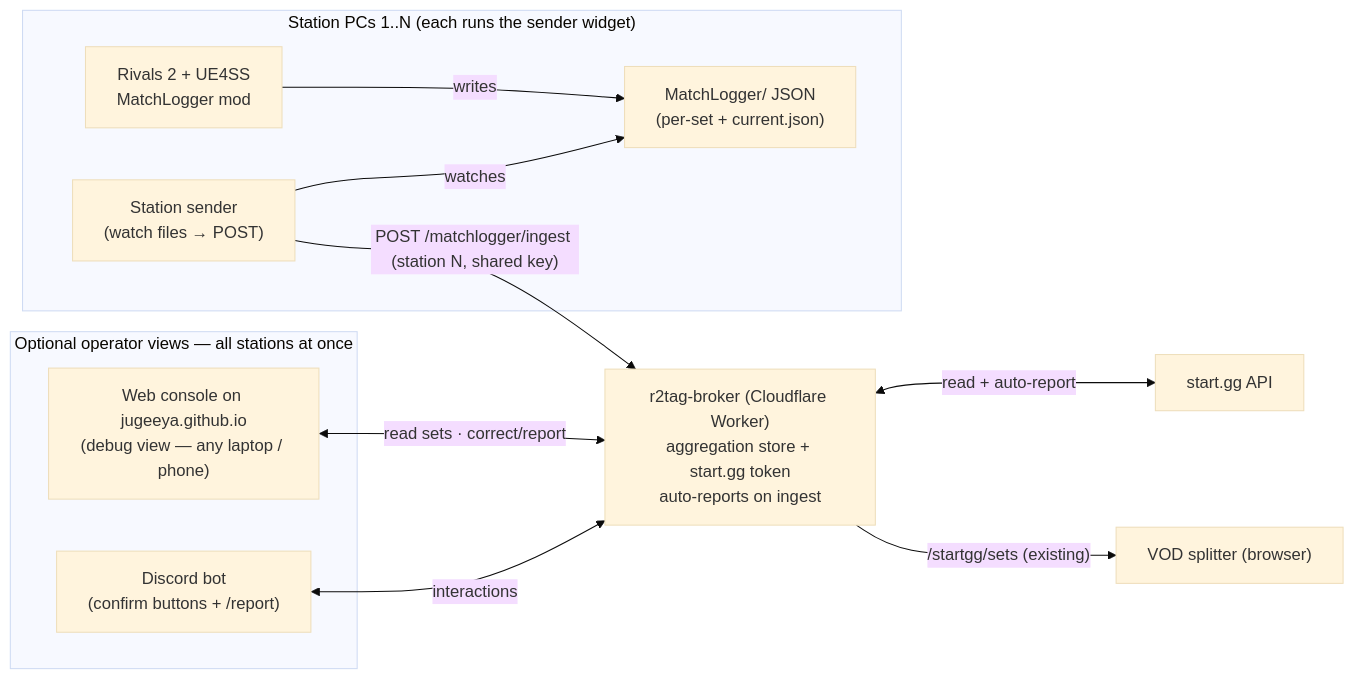
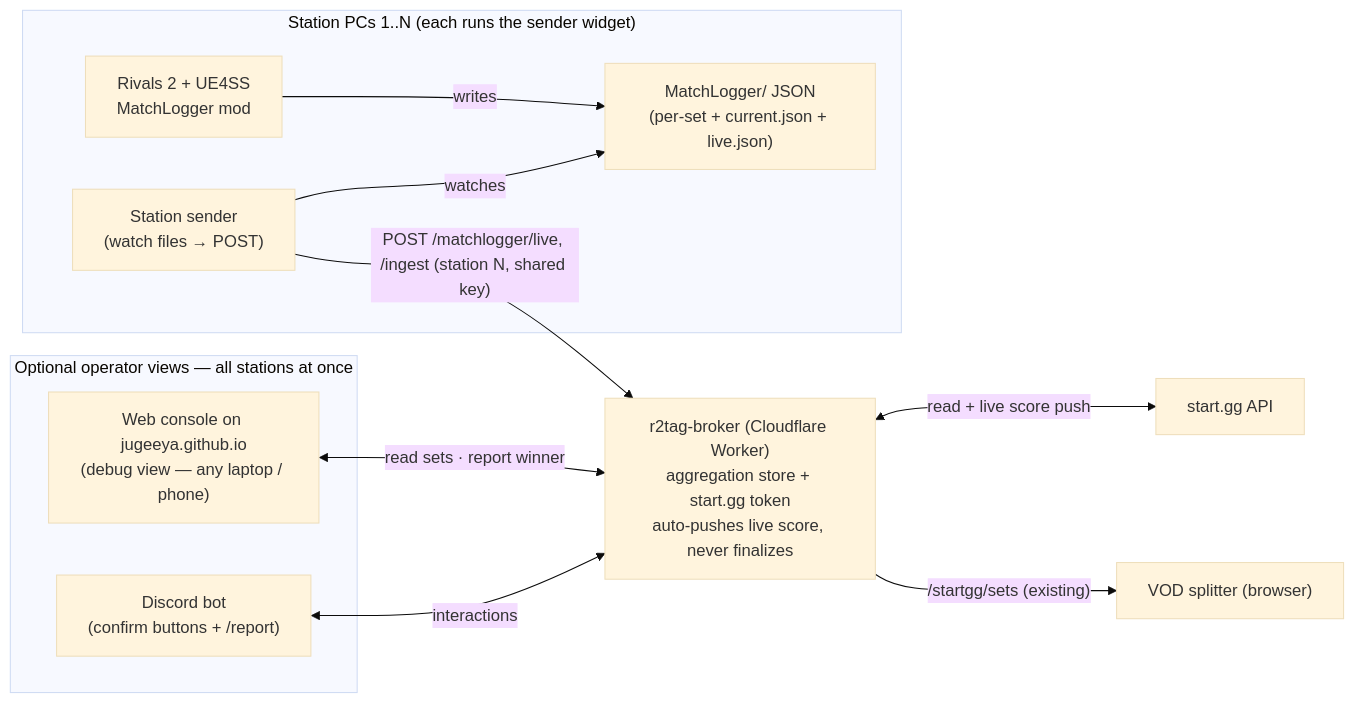
Before and after one commit to jugeeya/jugeeya.github.io: the diagram in matchlogger/DESIGN.md, drawn with Mermaid (base theme). The commit also changed other lines of this file and 8 other files, not shown here.

First line of the commit message:
Fix policy: only live per-game scoring is automatic, finalizing stays manual

````diff
--- a/matchlogger/DESIGN.md
+++ b/matchlogger/DESIGN.md
@@ -42,23 +42,23 @@
 ```mermaid
 flowchart LR
     subgraph ST["Station PCs 1..N (each runs the sender widget)"]
         Game["Rivals 2 + UE4SS<br/>MatchLogger mod"]
-        Files["MatchLogger/ JSON<br/>(per-set + current.json)"]
+        Files["MatchLogger/ JSON<br/>(per-set + current.json + live.json)"]
         Sender["Station sender<br/>(watch files → POST)"]
         Game -->|writes| Files
         Sender -->|watches| Files
     end
-    Broker["r2tag-broker (Cloudflare Worker)<br/>aggregation store + start.gg token<br/>auto-reports on ingest"]
+    Broker["r2tag-broker (Cloudflare Worker)<br/>aggregation store + start.gg token<br/>auto-pushes live score, never finalizes"]
     subgraph OPS["Optional operator views — all stations at once"]
         Console["Web console on jugeeya.github.io<br/>(debug view — any laptop / phone)"]
         Discord["Discord bot<br/>(confirm buttons + /report)"]
     end
     StartGG["start.gg API"]
     Splitter["VOD splitter (browser)"]
 
-    Sender -->|"POST /matchlogger/ingest (station N, shared key)"| Broker
-    Broker <-->|"read + auto-report"| StartGG
-    Console <-->|"read sets · correct/report"| Broker
+    Sender -->|"POST /matchlogger/live, /ingest (station N, shared key)"| Broker
+    Broker <-->|"read + live score push"| StartGG
+    Console <-->|"read sets · report winner"| Broker
     Discord <-->|"interactions"| Broker
     Broker -->|"/startgg/sets (existing)"| Splitter
 ```
````
